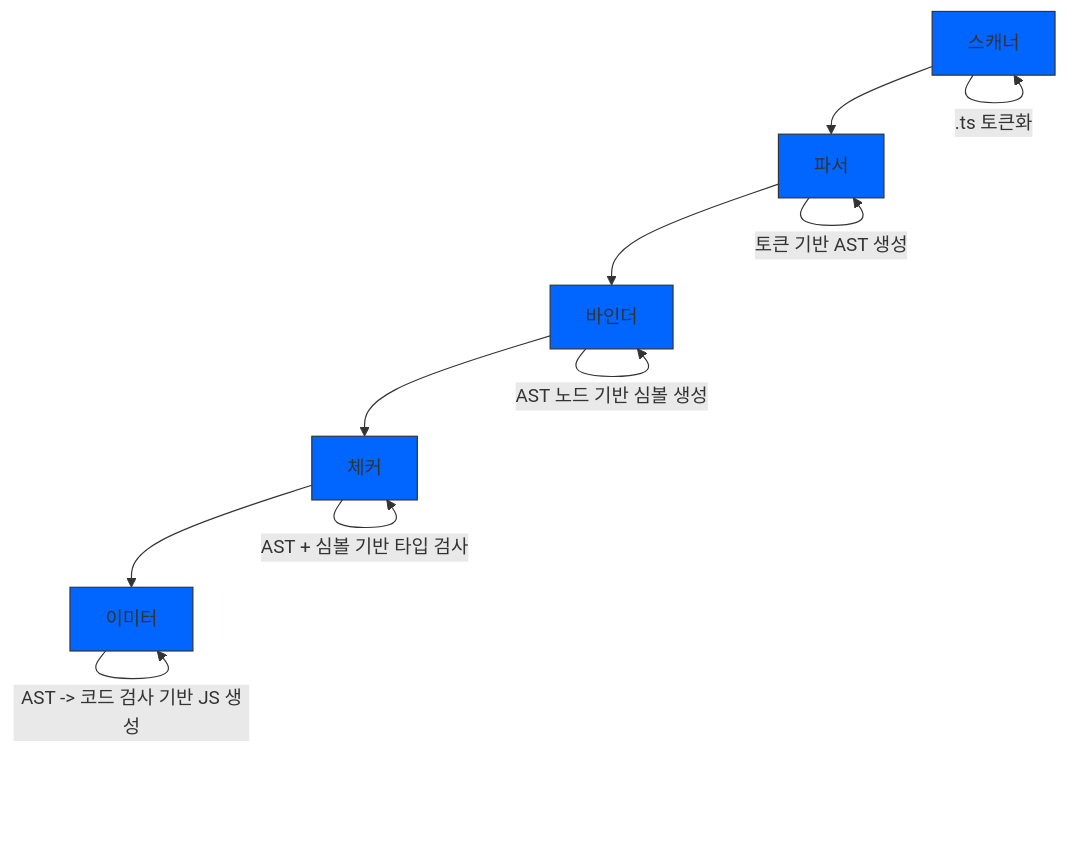
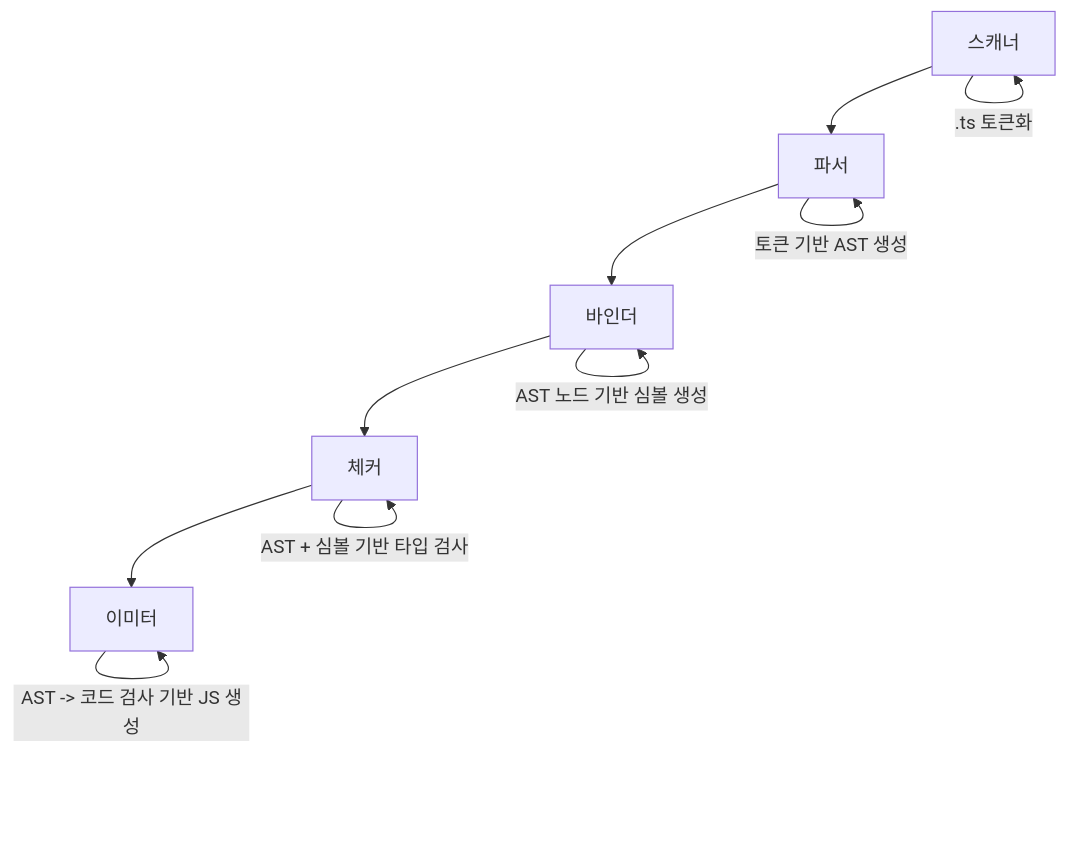
The second of 3 diagrams in blog/chpater6.mdx (vdcruxfrontend/studyblog), drawn with Mermaid before and after one commit. The commit also changed other lines of this file and 3 other files, not shown here.

Commit message:
➕dependencies : add mermaid

````diff
--- a/blog/chpater6.mdx
+++ b/blog/chpater6.mdx
@@ -56,16 +62,15 @@
 ```mermaid
 graph TD
     A[스캐너] --> B[파서]
     B --> C[바인더]
     C --> D[체커]
     D --> E[이미터]
 
     A -->|".ts 토큰화"| A
     B -->|"토큰 기반 AST 생성"| B
     C -->|"AST 노드 기반 심볼 생성"| C
     D -->|"AST + 심볼 기반 타입 검사"| D
     E -->|"AST -> 코드 검사 기반 JS 생성"| E
 
-    classDef explanation fill:#06f,stroke:#333
     class A,B,C,D,E explanation;
 ```
````
